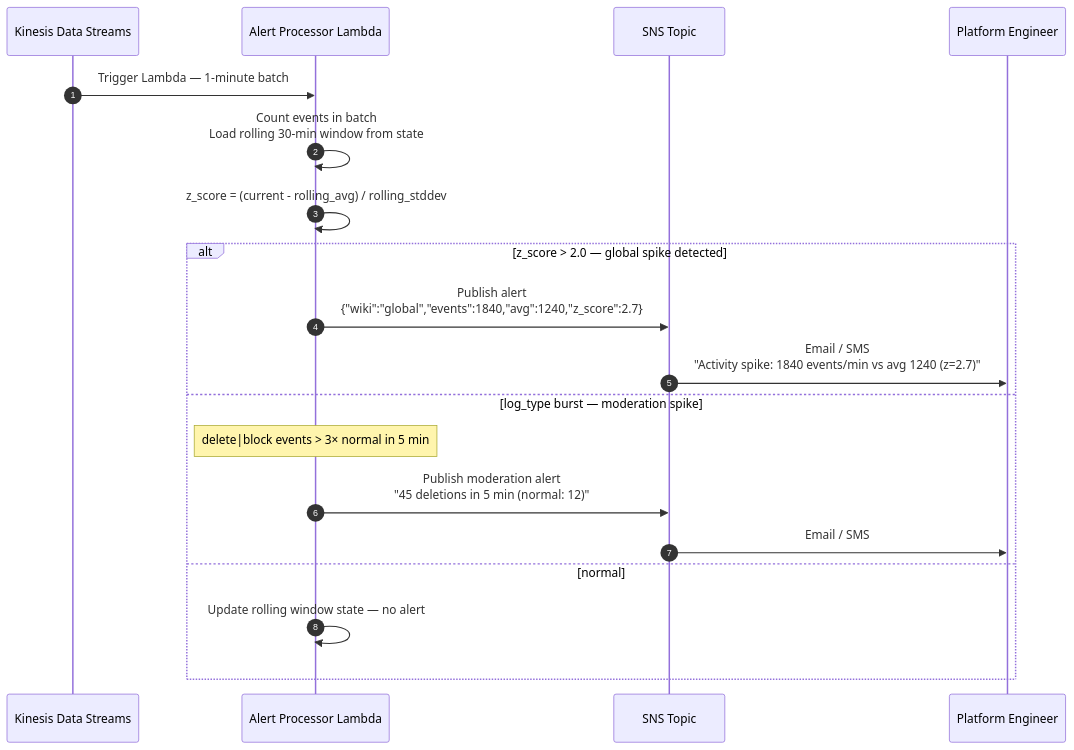
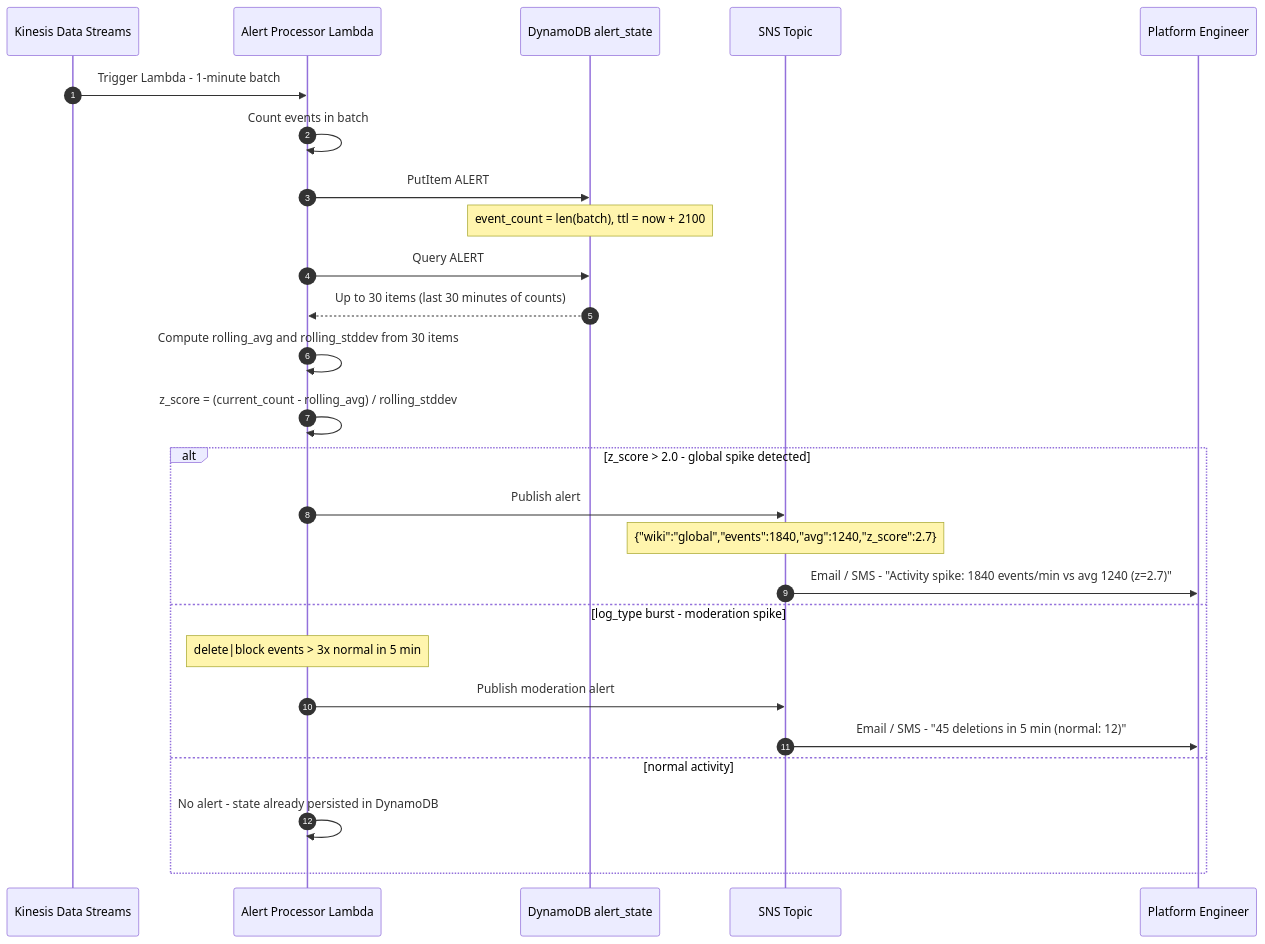
The fourth of 6 diagrams in documentation/sequence-diagrams.md (TalelKarim/realtime-media-analytics-platform), drawn with Mermaid before and after one commit. The commit also changed other lines of this file and 2 other files, not shown here.

Commit message:
Fix(docs): add alert_state DynamoDB table contract and update IAM and sequence diagram

````diff
--- a/documentation/sequence-diagrams.md
+++ b/documentation/sequence-diagrams.md
@@ -158,23 +158,33 @@
 ```mermaid
 sequenceDiagram
   autonumber
   participant KDS as Kinesis Data Streams
   participant ALP as Alert Processor Lambda
+  participant DDB as DynamoDB alert_state
   participant SNS as SNS Topic
   participant OPS as Platform Engineer
 
-  KDS->>ALP: Trigger Lambda — 1-minute batch
-  ALP->>ALP: Count events in batch<br/>Load rolling 30-min window from state
-  ALP->>ALP: z_score = (current - rolling_avg) / rolling_stddev
+  KDS->>ALP: Trigger Lambda - 1-minute batch
+  ALP->>ALP: Count events in batch
 
-  alt z_score > 2.0 — global spike detected
-    ALP->>SNS: Publish alert<br/>{"wiki":"global","events":1840,"avg":1240,"z_score":2.7}
-    SNS->>OPS: Email / SMS<br/>"Activity spike: 1840 events/min vs avg 1240 (z=2.7)"
-  else log_type burst — moderation spike
-    Note over ALP: delete|block events > 3× normal in 5 min
-    ALP->>SNS: Publish moderation alert<br/>"45 deletions in 5 min (normal: 12)"
-    SNS->>OPS: Email / SMS
-  else normal
-    ALP->>ALP: Update rolling window state — no alert
+  ALP->>DDB: PutItem ALERT#GLOBAL / MINUTE#{current_minute}
+  Note over DDB: event_count = len(batch), ttl = now + 2100
+
+  ALP->>DDB: Query ALERT#GLOBAL SK between {now-30min} and {now}
+  DDB-->>ALP: Up to 30 items (last 30 minutes of counts)
+
+  ALP->>ALP: Compute rolling_avg and rolling_stddev from 30 items
+  ALP->>ALP: z_score = (current_count - rolling_avg) / rolling_stddev
+
+  alt z_score > 2.0 - global spike detected
+    ALP->>SNS: Publish alert
+    Note over SNS: {"wiki":"global","events":1840,"avg":1240,"z_score":2.7}
+    SNS->>OPS: Email / SMS - "Activity spike: 1840 events/min vs avg 1240 (z=2.7)"
+  else log_type burst - moderation spike
+    Note over ALP: delete|block events > 3x normal in 5 min
+    ALP->>SNS: Publish moderation alert
+    SNS->>OPS: Email / SMS - "45 deletions in 5 min (normal: 12)"
+  else normal activity
+    ALP->>ALP: No alert - state already persisted in DynamoDB
   end
 ```
````
